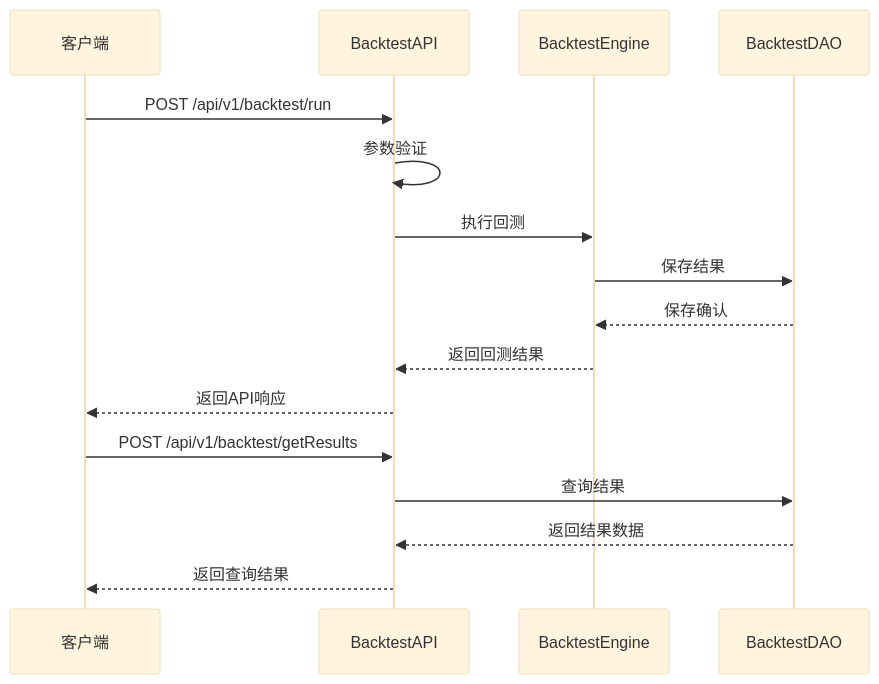
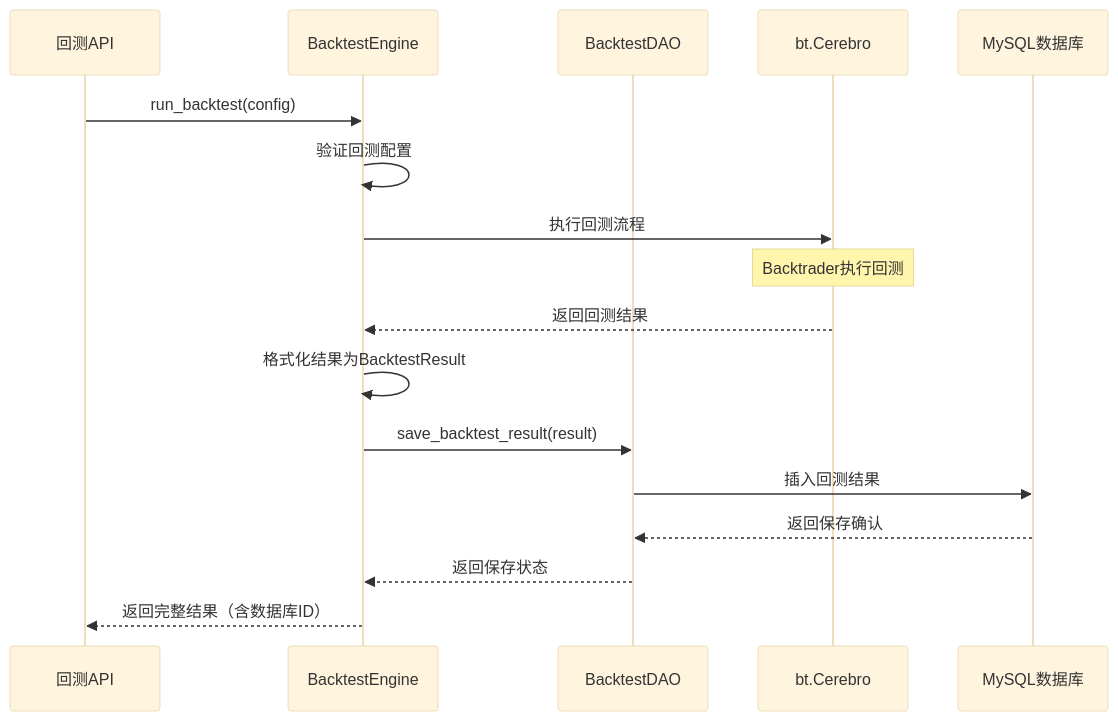
Before and after one commit to Casper-Mars/qtrade: the seventh of 7 diagrams in docs/iteration-3-prediction-model/tasks_backtest_engine.md, drawn with Mermaid (base theme). The commit also changed other lines of this file and 12 other files, not shown here.

````diff
--- a/docs/iteration-3-prediction-model/tasks_backtest_engine.md
+++ b/docs/iteration-3-prediction-model/tasks_backtest_engine.md
@@ -298,20 +297,22 @@
     ```mermaid
     sequenceDiagram
-        participant Client as 客户端
-        participant API as BacktestAPI
+        participant API as 回测API
         participant BE as BacktestEngine
         participant DAO as BacktestDAO
+        participant Cerebro as bt.Cerebro
+        participant DB as MySQL数据库
         
-        Client->>API: POST /api/v1/backtest/run
-        API->>API: 参数验证
-        API->>BE: 执行回测
-        BE->>DAO: 保存结果
-        DAO-->>BE: 保存确认
-        BE-->>API: 返回回测结果
-        API-->>Client: 返回API响应
+        API->>BE: run_backtest(config)
+        BE->>BE: 验证回测配置
+        BE->>Cerebro: 执行回测流程
         
-        Client->>API: POST /api/v1/backtest/getResults
-        API->>DAO: 查询结果
-        DAO-->>API: 返回结果数据
-        API-->>Client: 返回查询结果
+        Note over Cerebro: Backtrader执行回测
+        
+        Cerebro-->>BE: 返回回测结果
+        BE->>BE: 格式化结果为BacktestResult
+        BE->>DAO: save_backtest_result(result)
+        DAO->>DB: 插入回测结果
+        DB-->>DAO: 返回保存确认
+        DAO-->>BE: 返回保存状态
+        BE-->>API: 返回完整结果（含数据库ID）
     ```
````
